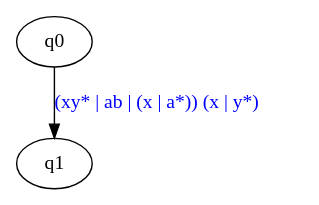
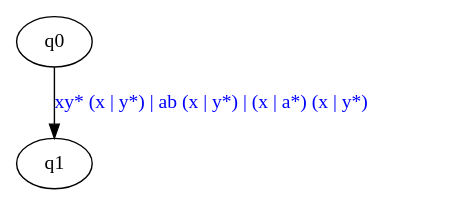
The diagram in assets/debug/aaa.dot (SmartPhoneJava/compiler-design), drawn with Graphviz before and after one commit. The commit also changed 35 other files, not shown here.

```diff
--- a/assets/debug/aaa.dot
+++ b/assets/debug/aaa.dot
@@ -1,6 +1,6 @@
 digraph G {
-	"q0"->"q1"[ label=<<font color="blue">(xy* | ab | (x | a*)) (x | y*)</font>> ];
+	"q0"->"q1"[ label=<<font color="blue">xy* (x | y*) | ab (x | y*) | (x | a*) (x | y*)</font>> ];
 	"q0";
 	"q1";
 
 }
```
